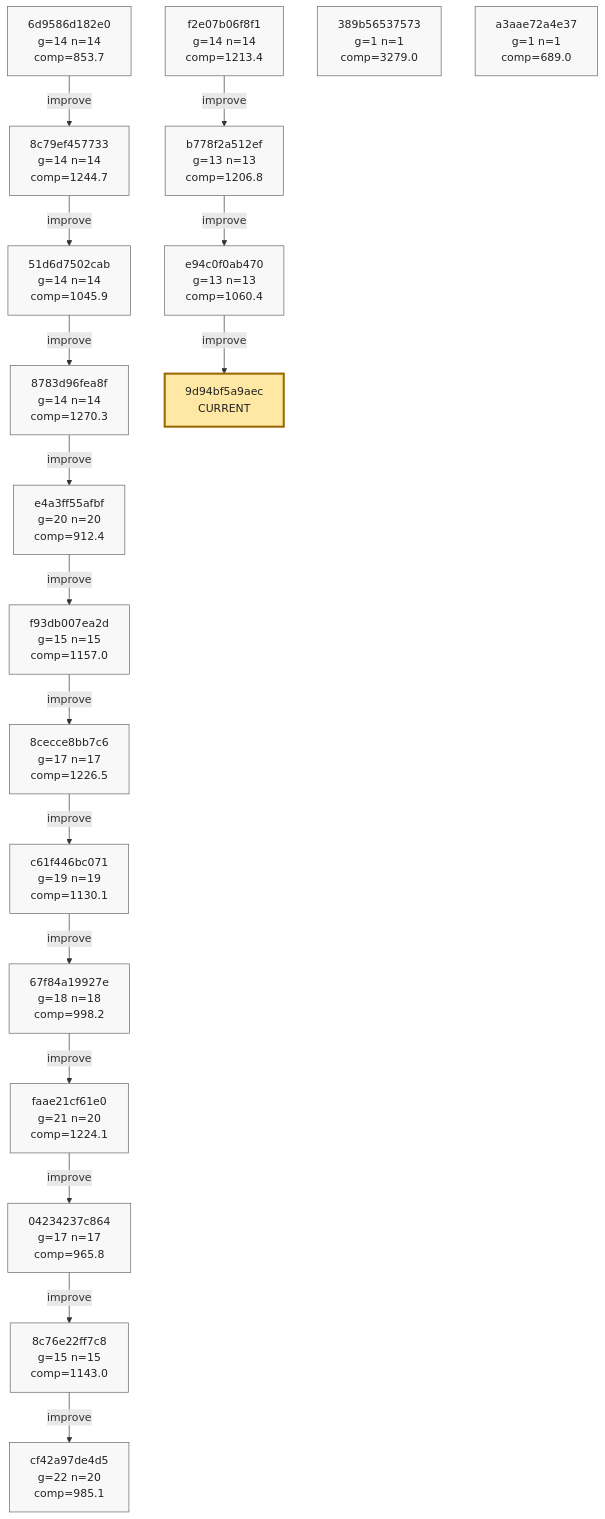
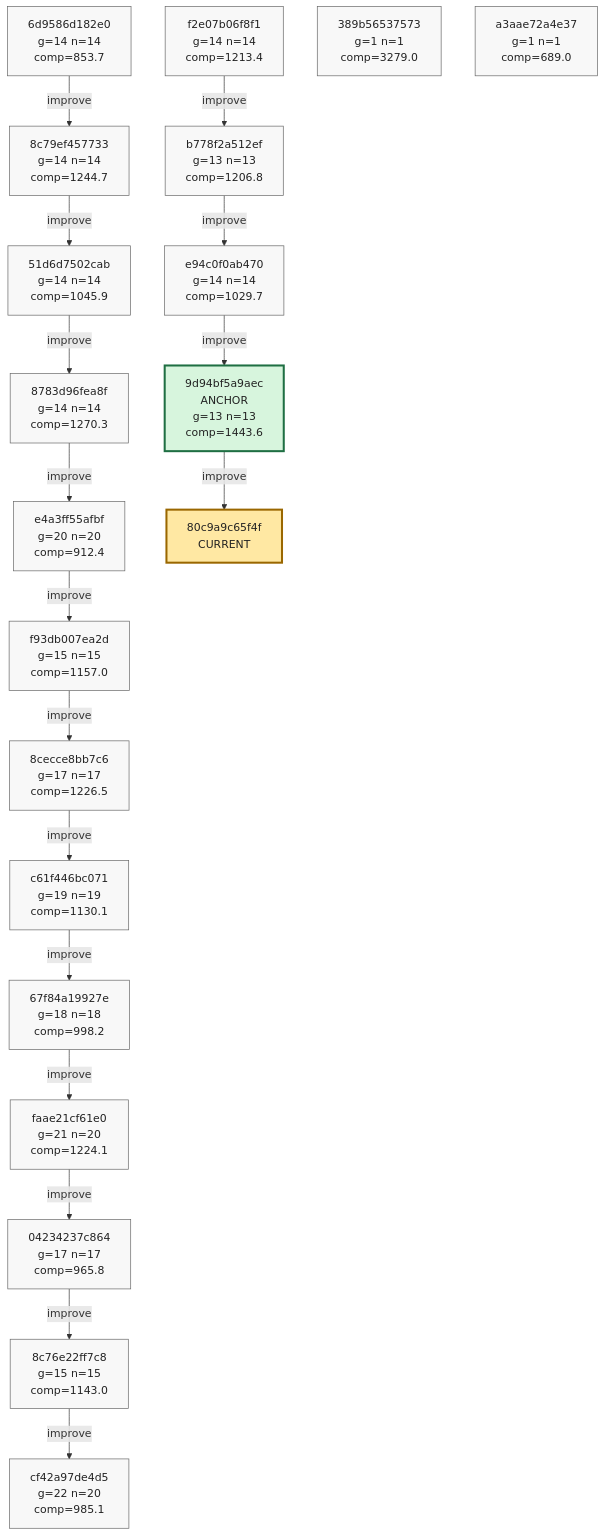
The eighth of 8 diagrams in phyrogenetic-tree.md (azumag/soviet_now), drawn with Mermaid before and after one commit. The commit also changed other lines of this file and 2 other files, not shown here.

Commit message:
eloop Improve after 12 games (scores: 1322 2460 1887 4925 1549 814 1489 1409 1518 1027 2156 2095)

````diff
--- a/phyrogenetic-tree.md
+++ b/phyrogenetic-tree.md
@@ -1916,63 +1910,66 @@
 ```mermaid
 flowchart TD
     h_6d9586d182e0["6d9586d182e0<br/>g=14 n=14<br/>comp=853.7"]
     h_8c79ef457733["8c79ef457733<br/>g=14 n=14<br/>comp=1244.7"]
     h_51d6d7502cab["51d6d7502cab<br/>g=14 n=14<br/>comp=1045.9"]
     h_8783d96fea8f["8783d96fea8f<br/>g=14 n=14<br/>comp=1270.3"]
     h_e4a3ff55afbf["e4a3ff55afbf<br/>g=20 n=20<br/>comp=912.4"]
     h_f93db007ea2d["f93db007ea2d<br/>g=15 n=15<br/>comp=1157.0"]
     h_8cecce8bb7c6["8cecce8bb7c6<br/>g=17 n=17<br/>comp=1226.5"]
     h_c61f446bc071["c61f446bc071<br/>g=19 n=19<br/>comp=1130.1"]
     h_67f84a19927e["67f84a19927e<br/>g=18 n=18<br/>comp=998.2"]
     h_faae21cf61e0["faae21cf61e0<br/>g=21 n=20<br/>comp=1224.1"]
     h_04234237c864["04234237c864<br/>g=17 n=17<br/>comp=965.8"]
     h_8c76e22ff7c8["8c76e22ff7c8<br/>g=15 n=15<br/>comp=1143.0"]
     h_cf42a97de4d5["cf42a97de4d5<br/>g=22 n=20<br/>comp=985.1"]
     h_f2e07b06f8f1["f2e07b06f8f1<br/>g=14 n=14<br/>comp=1213.4"]
     h_b778f2a512ef["b778f2a512ef<br/>g=13 n=13<br/>comp=1206.8"]
-    h_e94c0f0ab470["e94c0f0ab470<br/>g=13 n=13<br/>comp=1060.4"]
+    h_e94c0f0ab470["e94c0f0ab470<br/>g=14 n=14<br/>comp=1029.7"]
+    h_9d94bf5a9aec["9d94bf5a9aec<br/>ANCHOR<br/>g=13 n=13<br/>comp=1443.6"]
     h_389b56537573["389b56537573<br/>g=1 n=1<br/>comp=3279.0"]
     h_a3aae72a4e37["a3aae72a4e37<br/>g=1 n=1<br/>comp=689.0"]
-    h_9d94bf5a9aec["9d94bf5a9aec<br/>CURRENT"]
+    h_80c9a9c65f4f["80c9a9c65f4f<br/>CURRENT"]
 
     h_6d9586d182e0 -->|improve| h_8c79ef457733
     h_8c79ef457733 -->|improve| h_51d6d7502cab
     h_51d6d7502cab -->|improve| h_8783d96fea8f
     h_8783d96fea8f -->|improve| h_e4a3ff55afbf
     h_e4a3ff55afbf -->|improve| h_f93db007ea2d
     h_f93db007ea2d -->|improve| h_8cecce8bb7c6
     h_8cecce8bb7c6 -->|improve| h_c61f446bc071
     h_c61f446bc071 -->|improve| h_67f84a19927e
     h_67f84a19927e -->|improve| h_faae21cf61e0
     h_faae21cf61e0 -->|improve| h_04234237c864
     h_04234237c864 -->|improve| h_8c76e22ff7c8
     h_8c76e22ff7c8 -->|improve| h_cf42a97de4d5
     h_f2e07b06f8f1 -->|improve| h_b778f2a512ef
     h_b778f2a512ef -->|improve| h_e94c0f0ab470
     h_e94c0f0ab470 -->|improve| h_9d94bf5a9aec
+    h_9d94bf5a9aec -->|improve| h_80c9a9c65f4f
 
     classDef plain fill:#f8f8f8,stroke:#666,stroke-width:1px,color:#222;
     classDef current fill:#ffe8a3,stroke:#9a6700,stroke-width:3px,color:#222;
     classDef anchor fill:#d7f5dd,stroke:#1f6f43,stroke-width:3px,color:#222;
     classDef current_anchor fill:#f3e4a8,stroke:#1f6f43,stroke-width:4px,color:#222;
 
     class h_6d9586d182e0 plain;
     class h_8c79ef457733 plain;
     class h_51d6d7502cab plain;
     class h_8783d96fea8f plain;
     class h_e4a3ff55afbf plain;
     class h_f93db007ea2d plain;
     class h_8cecce8bb7c6 plain;
     class h_c61f446bc071 plain;
     class h_67f84a19927e plain;
     class h_faae21cf61e0 plain;
     class h_04234237c864 plain;
     class h_8c76e22ff7c8 plain;
     class h_cf42a97de4d5 plain;
     class h_f2e07b06f8f1 plain;
     class h_b778f2a512ef plain;
     class h_e94c0f0ab470 plain;
+    class h_9d94bf5a9aec anchor;
     class h_389b56537573 plain;
     class h_a3aae72a4e37 plain;
-    class h_9d94bf5a9aec current;
+    class h_80c9a9c65f4f current;
 ```
````
